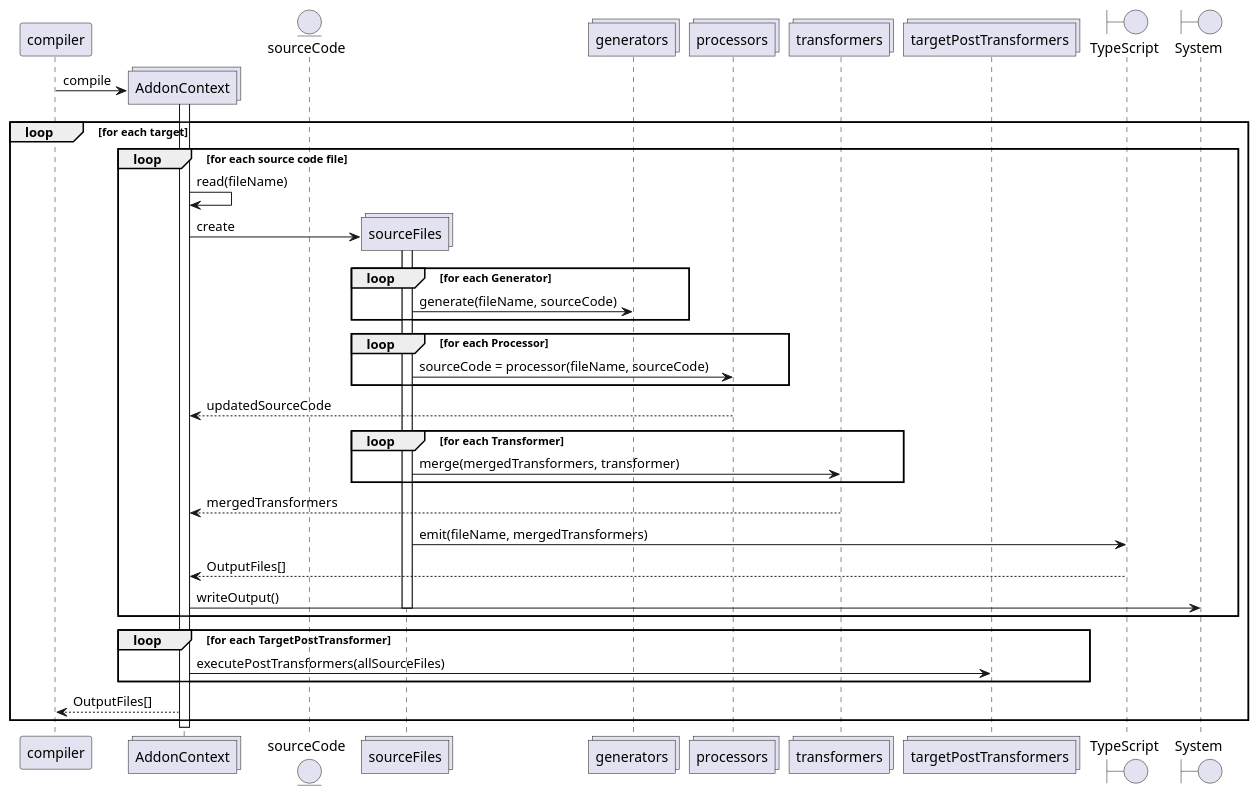
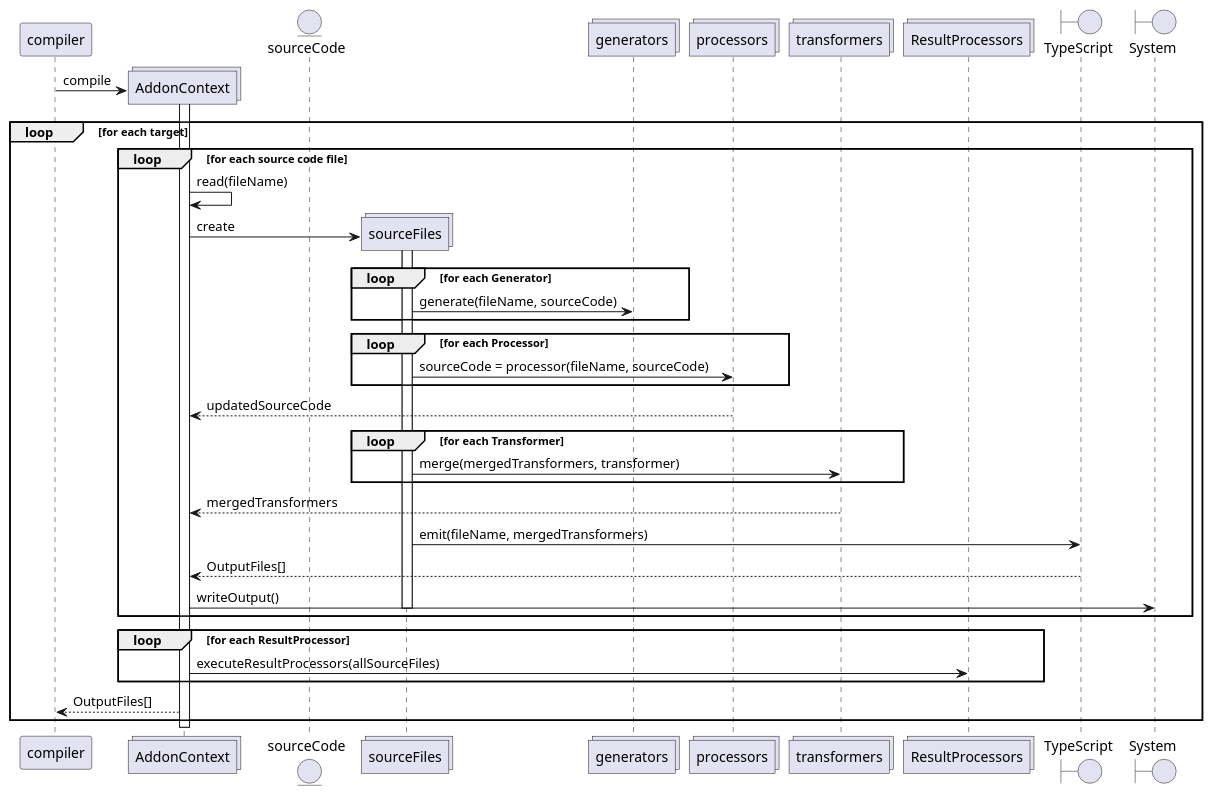
One commit to quatico-solutions/websmith changed the diagram in docs/write-your-own-addon.md. Above: the diagram before and after it, drawn with PlantUML. The commit also changed other lines of this file and 23 other files, not shown here.

First line of the commit message:
R Renames TargetPostTransformer to ResultProcessor

````diff
--- a/docs/write-your-own-addon.md
+++ b/docs/write-your-own-addon.md
@@ -690,47 +703,47 @@
 ```plantuml
 @startuml
 participant compiler
 collections AddonContext
 entity sourceCode
 collections sourceFiles
 collections generators
 collections processors
 collections transformers
-collections targetPostTransformers
+collections ResultProcessors
 boundary TypeScript
 boundary System
 
     create sourceCode
     create AddonContext
     compiler -> AddonContext: compile
     activate AddonContext
     loop for each target
         loop for each source code file
             AddonContext -> AddonContext: read(fileName)
             create sourceFiles
             AddonContext -> sourceFiles: create 
             activate sourceFiles
             loop for each Generator
                 sourceFiles -> generators: generate(fileName, sourceCode)
             end
             loop for each Processor
                 sourceFiles -> processors: sourceCode = processor(fileName, sourceCode)
             end
             processors --> AddonContext: updatedSourceCode
             loop for each Transformer
                 sourceFiles -> transformers: merge(mergedTransformers, transformer)
             end
             transformers --> AddonContext: mergedTransformers
             sourceFiles -> TypeScript: emit(fileName, mergedTransformers)
             TypeScript --> AddonContext: OutputFiles[]
             AddonContext -> System: writeOutput()
             deactivate sourceFiles
         end
-        loop for each TargetPostTransformer
-            AddonContext -> targetPostTransformers: executePostTransformers(allSourceFiles)
+        loop for each ResultProcessor
+            AddonContext -> ResultProcessors: executeResultProcessors(allSourceFiles)
         end
         AddonContext --> compiler: OutputFiles[]
     end
     deactivate AddonContext
 @enduml
 ```
````
